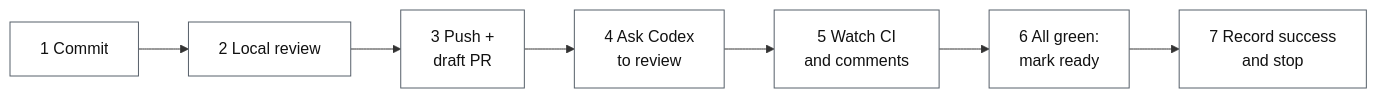
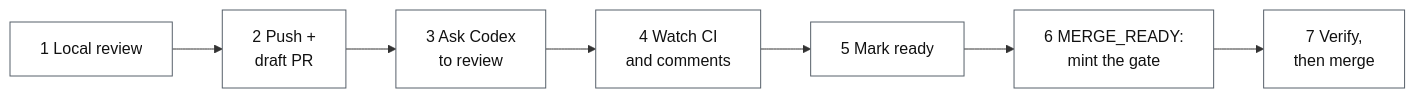
Before and after one commit to fengjiachun/review-bridge: the first of 2 diagrams in docs/review-flow.md, drawn with Mermaid. The commit also changed other lines of this file and 23 other files, not shown here.

````diff
--- a/docs/review-flow.md
+++ b/docs/review-flow.md
@@ -38,11 +35,11 @@
 ```mermaid
 flowchart LR
-  A["1 Commit"] --> B["2 Local review"]
-  B --> C["3 Push +<br/>draft PR"]
-  C --> D["4 Ask Codex<br/>to review"]
-  D --> E["5 Watch CI<br/>and comments"]
-  E --> F["6 All green:<br/>mark ready"]
-  F --> G["7 Record success<br/>and stop"]
+  A["1 Local review"] --> B["2 Push +<br/>draft PR"]
+  B --> C["3 Ask Codex<br/>to review"]
+  C --> D["4 Watch CI<br/>and comments"]
+  D --> E["5 Mark ready"]
+  E --> F["6 MERGE_READY:<br/>mint the gate"]
+  F --> G["7 Verify,<br/>then merge"]
   classDef n fill:#ffffff,stroke:#57606a,stroke-width:1px,color:#111111;
   class A,B,C,D,E,F,G n;
 ```
````
